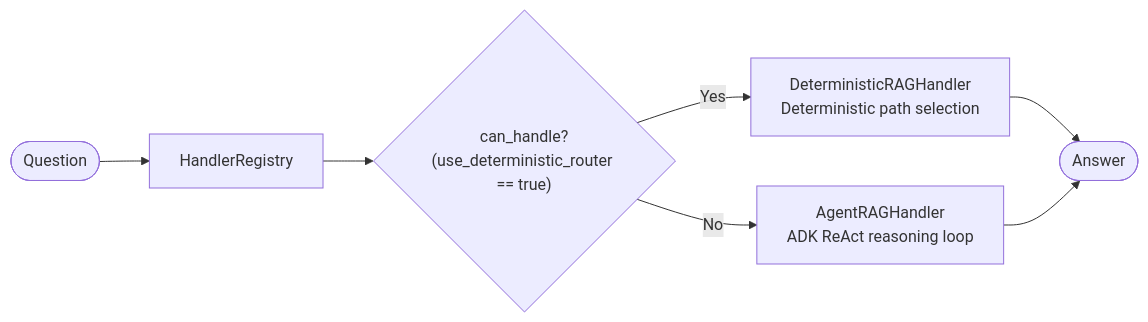
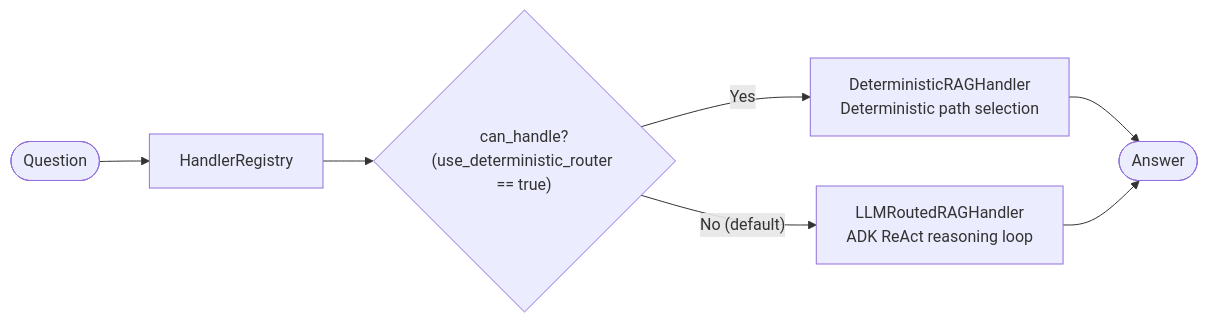
The second of 3 diagrams in docs/main/QUESTION_ANSWERING_DIAGRAM.md (Kitabim-AI/kitabim-ai), drawn with Mermaid before and after one commit. The commit also changed other lines of this file and 10 other files, not shown here.

````diff
--- a/docs/main/QUESTION_ANSWERING_DIAGRAM.md
+++ b/docs/main/QUESTION_ANSWERING_DIAGRAM.md
@@ -75,9 +73,9 @@
 ```mermaid
 flowchart LR
     Q([Question]) --> REG["HandlerRegistry"]
     REG --> CAN_DET{"can_handle?<br/>(use_deterministic_router == true)"}
     CAN_DET -- Yes --> DET["DeterministicRAGHandler<br/>Deterministic path selection"]
-    CAN_DET -- No --> ADK["AgentRAGHandler<br/>ADK ReAct reasoning loop"]
+    CAN_DET -- No (default) --> ADK["LLMRoutedRAGHandler<br/>ADK ReAct reasoning loop"]
     DET --> ANS([Answer])
     ADK --> ANS([Answer])
 ```
````
